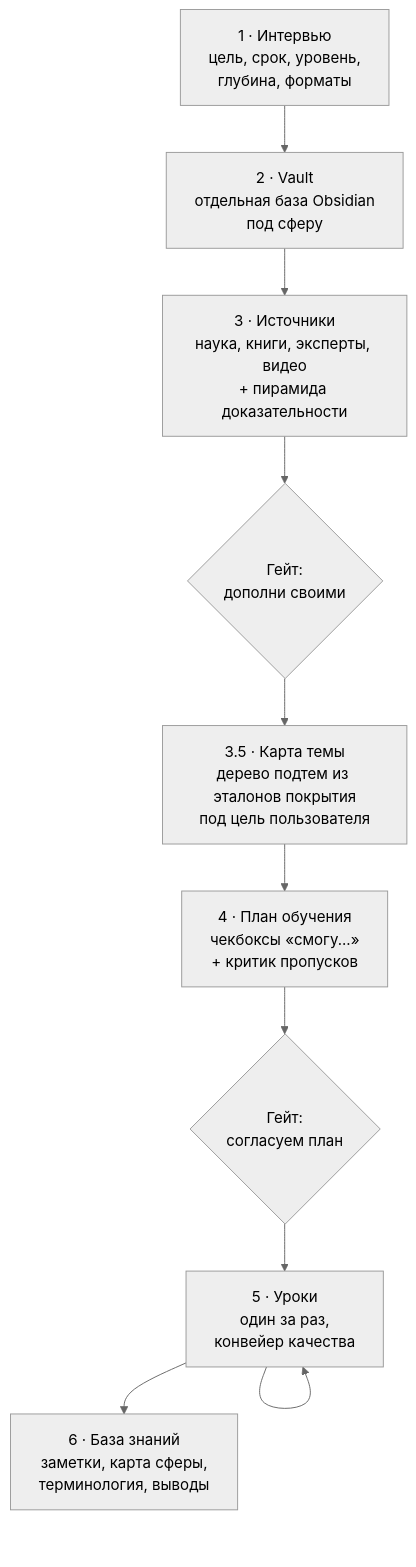
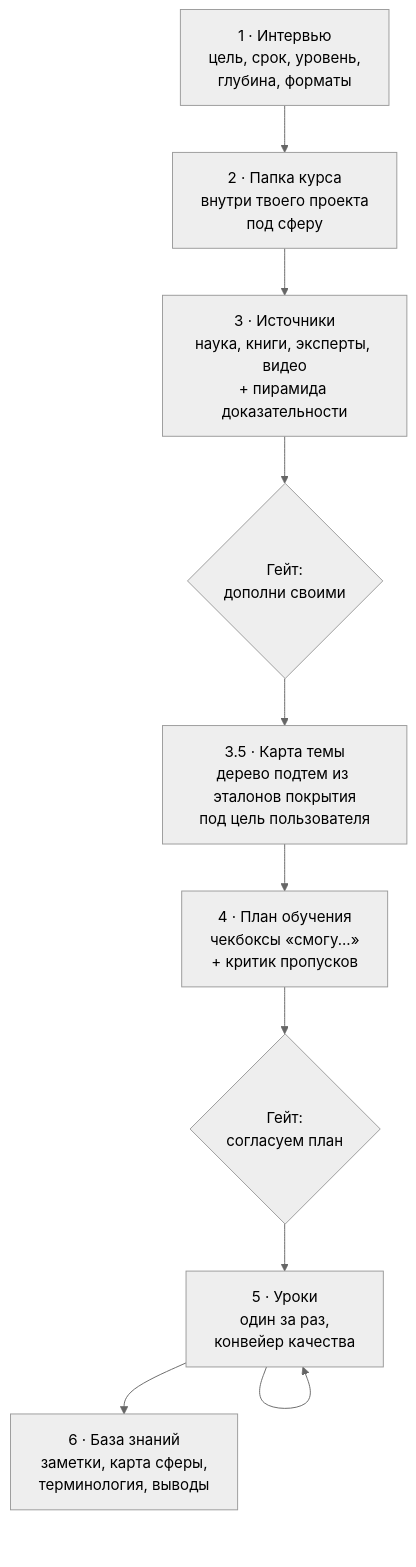
The first of 3 diagrams in README.md (cryptoyoginya/learneverything), drawn with Mermaid before and after one commit. The commit also changed other lines of this file and 4 other files, not shown here.

First line of the commit message:
Курс живёт внутри рабочего проекта, Obsidian — по желанию

````diff
--- a/README.md
+++ b/README.md
@@ -23,13 +23,13 @@
 ```mermaid
 %%{init: {'theme':'neutral'}}%%
 graph TD
-    A["1 · Интервью<br/>цель, срок, уровень,<br/>глубина, форматы"] --> B["2 · Vault<br/>отдельная база Obsidian<br/>под сферу"]
+    A["1 · Интервью<br/>цель, срок, уровень,<br/>глубина, форматы"] --> B["2 · Папка курса<br/>внутри твоего проекта<br/>под сферу"]
     B --> C["3 · Источники<br/>наука, книги, эксперты, видео<br/>+ пирамида доказательности"]
     C --> G1{"Гейт:<br/>дополни своими"}
     G1 --> D["3.5 · Карта темы<br/>дерево подтем из эталонов покрытия<br/>под цель пользователя"]
     D --> E["4 · План обучения<br/>чекбоксы «смогу...»<br/>+ критик пропусков"]
     E --> G2{"Гейт:<br/>согласуем план"}
     G2 --> F["5 · Уроки<br/>один за раз,<br/>конвейер качества"]
     F --> F
     F --> H["6 · База знаний<br/>заметки, карта сферы,<br/>терминология, выводы"]
 ```
````
